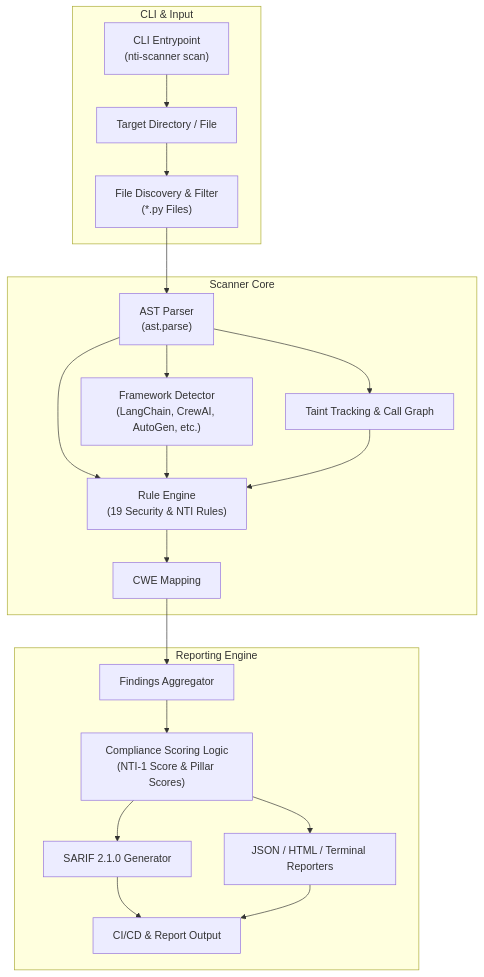
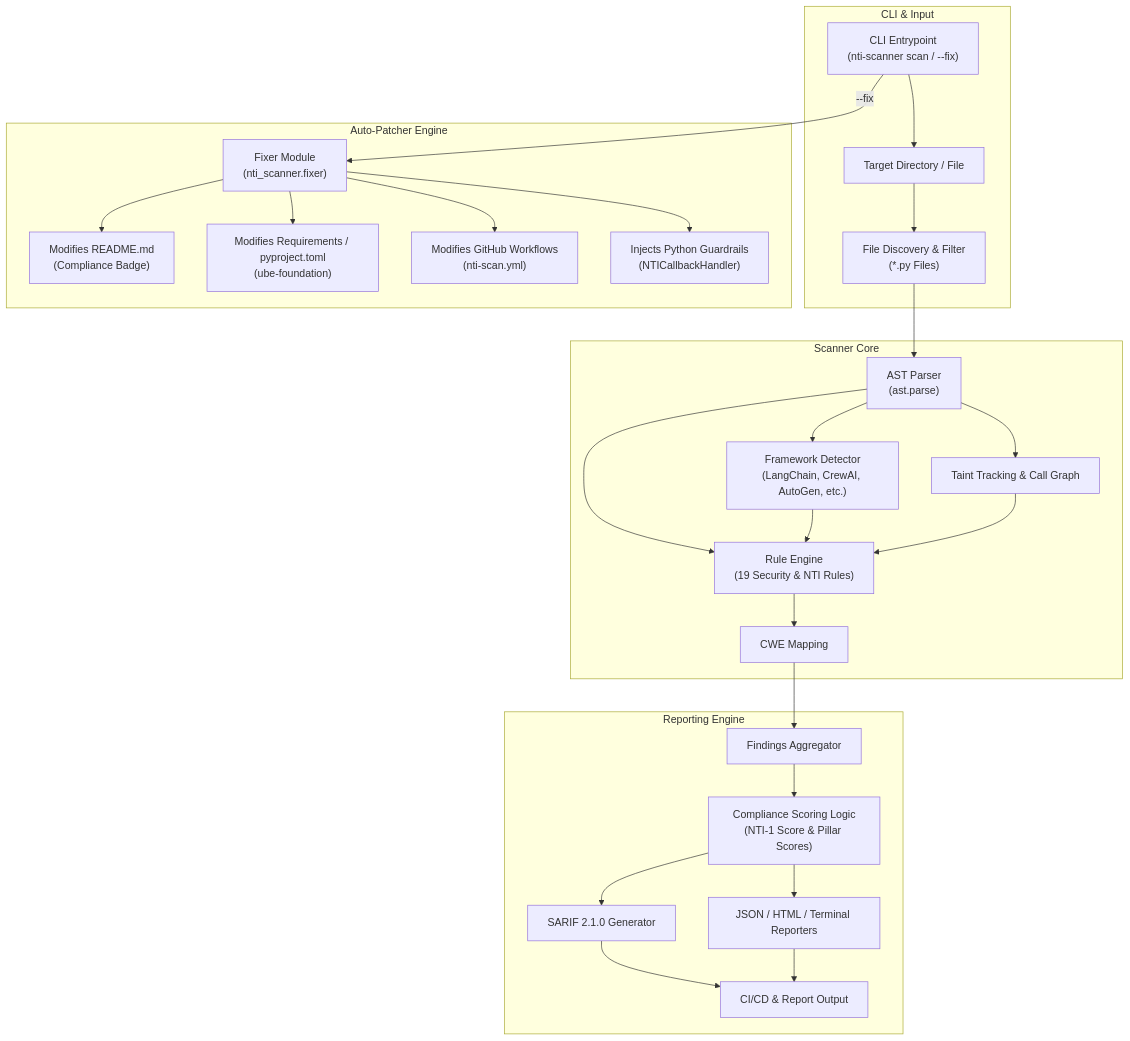
The diagram in README.md (abisheakp197/nti-scanner), drawn with Mermaid before and after one commit. The commit also changed 6 other files, not shown here.

````diff
--- a/README.md
+++ b/README.md
@@ -133,36 +133,50 @@
 ```mermaid
 graph TD
     subgraph CLI_Input ["CLI & Input"]
-        CLI["CLI Entrypoint<br/>(nti-scanner scan)"]
+        CLI["CLI Entrypoint<br/>(nti-scanner scan / --fix)"]
         TargetDir["Target Directory / File"]
         FileDiscovery["File Discovery & Filter<br/>(*.py Files)"]
 
         CLI --> TargetDir
         TargetDir --> FileDiscovery
     end
 
     subgraph Scanner_Core ["Scanner Core"]
         ASTParser["AST Parser<br/>(ast.parse)"]
         FrameworkDetector["Framework Detector<br/>(LangChain, CrewAI, AutoGen, etc.)"]
         TaintTracking["Taint Tracking & Call Graph"]
         RuleEngine["Rule Engine<br/>(19 Security & NTI Rules)"]
         CWEMapping["CWE Mapping"]
 
         FileDiscovery --> ASTParser
         ASTParser --> FrameworkDetector
         ASTParser --> TaintTracking
         ASTParser --> RuleEngine
         FrameworkDetector --> RuleEngine
         TaintTracking --> RuleEngine
         RuleEngine --> CWEMapping
     end
 
+    subgraph Auto_Patcher ["Auto-Patcher Engine"]
+        FixerModule["Fixer Module<br/>(nti_scanner.fixer)"]
+        ModReadme["Modifies README.md<br/>(Compliance Badge)"]
+        ModDeps["Modifies Requirements / pyproject.toml<br/>(ube-foundation)"]
+        ModWorkflows["Modifies GitHub Workflows<br/>(nti-scan.yml)"]
+        ModGuardrails["Injects Python Guardrails<br/>(NTICallbackHandler)"]
+
+        CLI -- "--fix" --> FixerModule
+        FixerModule --> ModReadme
+        FixerModule --> ModDeps
+        FixerModule --> ModWorkflows
+        FixerModule --> ModGuardrails
+    end
+
     subgraph Reporting_Engine ["Reporting Engine"]
         CWEMapping --> Findings["Findings Aggregator"]
         Findings --> ScoringLogic["Compliance Scoring Logic<br/>(NTI-1 Score & Pillar Scores)"]
         ScoringLogic --> SARIFGen["SARIF 2.1.0 Generator"]
         ScoringLogic --> OtherReports["JSON / HTML / Terminal Reporters"]
         SARIFGen --> Output["CI/CD & Report Output"]
         OtherReports --> Output
     end
 ```
````
